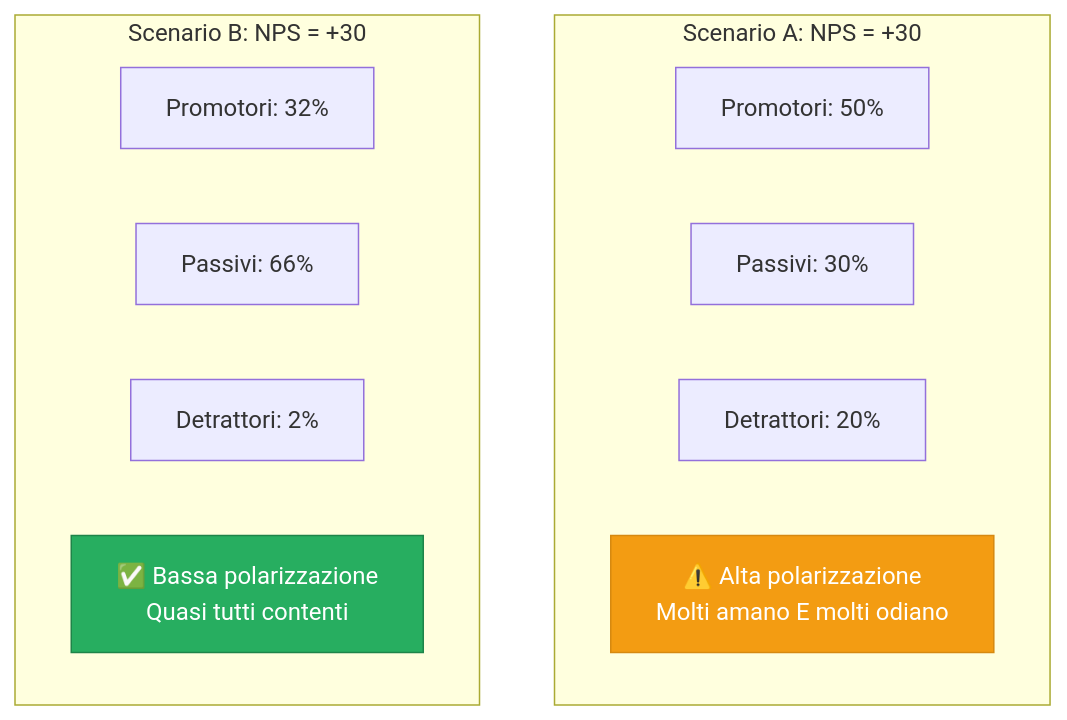
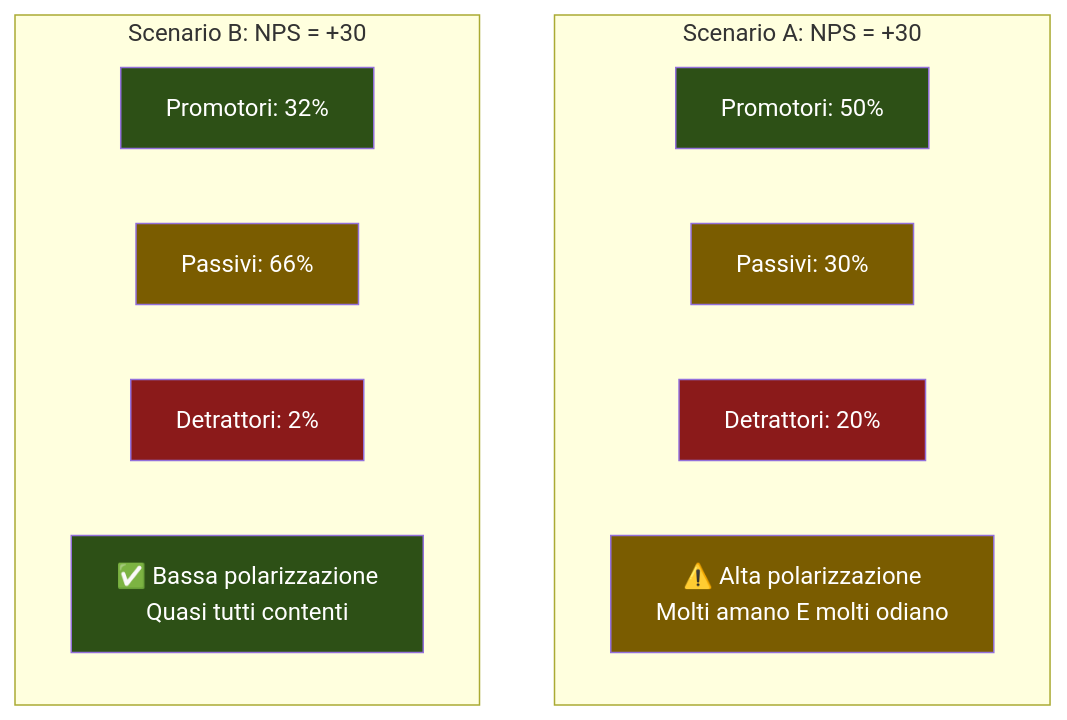
One commit to AndreyBertasini/gynnitech changed the fourth of 5 diagrams in src/content/corso/analisi-prodotto/nps-net-promoter-score.mdx. Above: the diagram before and after it, drawn with Mermaid. The commit also changed other lines of this file and 21 other files, not shown here.

First line of the commit message:
style: applica color scheme semantico a tutti i diagrammi Mermaid del corso

````diff
--- a/src/content/corso/analisi-prodotto/nps-net-promoter-score.mdx
+++ b/src/content/corso/analisi-prodotto/nps-net-promoter-score.mdx
@@ -140,17 +148,23 @@
 ```mermaid
 graph TD
     subgraph "Scenario A: NPS = +30"
         A1["Promotori: 50%"]
         A2["Passivi: 30%"]
         A3["Detrattori: 20%"]
         A4["⚠️ Alta polarizzazione\nMolti amano E molti odiano"]
     end
     subgraph "Scenario B: NPS = +30"
         B1["Promotori: 32%"]
         B2["Passivi: 66%"]
         B3["Detrattori: 2%"]
         B4["✅ Bassa polarizzazione\nQuasi tutti contenti"]
     end
-    style A4 fill:#f39c12,stroke:#d68910,color:#fff
-    style B4 fill:#27ae60,stroke:#1e8449,color:#fff
+    style A1 fill:#2d5016,color:#ffffff
+    style A2 fill:#7a5c00,color:#ffffff
+    style A3 fill:#8b1a1a,color:#ffffff
+    style A4 fill:#7a5c00,color:#ffffff
+    style B1 fill:#2d5016,color:#ffffff
+    style B2 fill:#7a5c00,color:#ffffff
+    style B3 fill:#8b1a1a,color:#ffffff
+    style B4 fill:#2d5016,color:#ffffff
 ```
````
